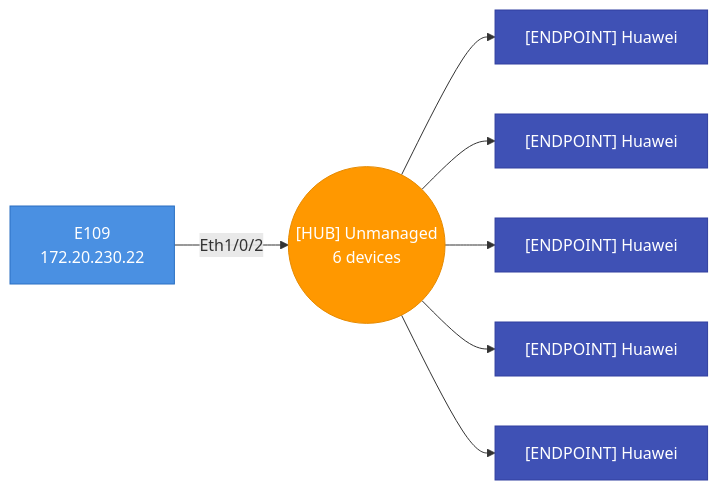
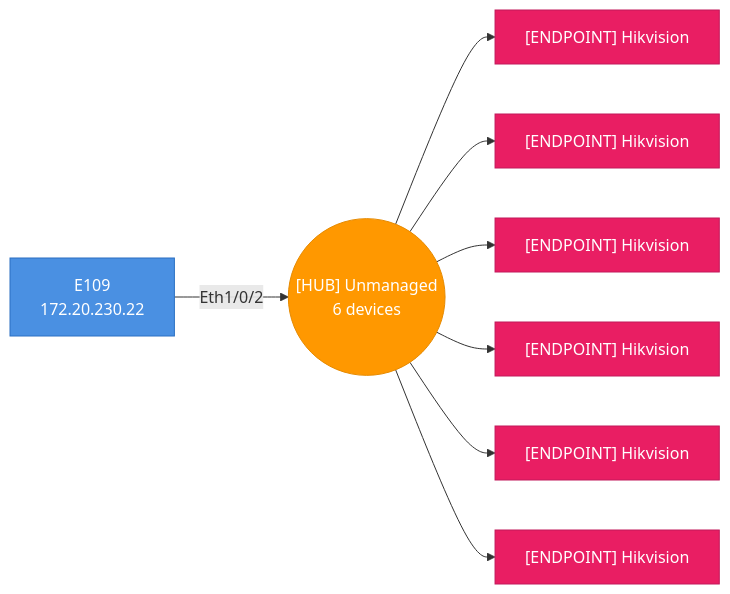
Before and after one commit to djamic/LLDP-Skanner-Go: diagram 16 of 51 in testdata/golden/report_esxi_sections.md, drawn with Mermaid. The commit also changed other lines of this file and 16 other files, not shown here.

````diff
--- a/testdata/golden/report_esxi_sections.md
+++ b/testdata/golden/report_esxi_sections.md
@@ -384,23 +432,26 @@
 ```mermaid
 graph LR
   hub_f8f0827ad969_p2(("[HUB] Unmanaged<br>6 devices"))
   f8f0827ad969["E109<br>172.20.230.22"]
   f8f0827ad969-- "Eth1/0/2" -->hub_f8f0827ad969_p2
   style f8f0827ad969 fill:#4A90E2,stroke:#2A6FC2,color:#fff
-  bc9b5e37bf12["[ENDPOINT] Huawei"]
+  bc9b5e37bf12["[ENDPOINT] Hikvision"]
   hub_f8f0827ad969_p2-->bc9b5e37bf12
-  style bc9b5e37bf12 fill:#3F51B5,stroke:#303F9F,color:#fff
-  bc9b5e37bf14["[ENDPOINT] Huawei"]
+  style bc9b5e37bf12 fill:#E91E63,stroke:#C2185B,color:#fff
+  bc9b5e37bf14["[ENDPOINT] Hikvision"]
   hub_f8f0827ad969_p2-->bc9b5e37bf14
-  style bc9b5e37bf14 fill:#3F51B5,stroke:#303F9F,color:#fff
-  bc9b5e37bf21["[ENDPOINT] Huawei"]
+  style bc9b5e37bf14 fill:#E91E63,stroke:#C2185B,color:#fff
+  bc9b5e37bf21["[ENDPOINT] Hikvision"]
   hub_f8f0827ad969_p2-->bc9b5e37bf21
-  style bc9b5e37bf21 fill:#3F51B5,stroke:#303F9F,color:#fff
-  bc9b5e37bf24["[ENDPOINT] Huawei"]
+  style bc9b5e37bf21 fill:#E91E63,stroke:#C2185B,color:#fff
+  bc9b5e37bf24["[ENDPOINT] Hikvision"]
   hub_f8f0827ad969_p2-->bc9b5e37bf24
-  style bc9b5e37bf24 fill:#3F51B5,stroke:#303F9F,color:#fff
-  bc9b5e37bf35["[ENDPOINT] Huawei"]
+  style bc9b5e37bf24 fill:#E91E63,stroke:#C2185B,color:#fff
+  bc9b5e37bf35["[ENDPOINT] Hikvision"]
   hub_f8f0827ad969_p2-->bc9b5e37bf35
-  style bc9b5e37bf35 fill:#3F51B5,stroke:#303F9F,color:#fff
+  style bc9b5e37bf35 fill:#E91E63,stroke:#C2185B,color:#fff
+  bc9b5e37bf5b["[ENDPOINT] Hikvision"]
+  hub_f8f0827ad969_p2-->bc9b5e37bf5b
+  style bc9b5e37bf5b fill:#E91E63,stroke:#C2185B,color:#fff
   style hub_f8f0827ad969_p2 fill:#FF9800,stroke:#E68A00,color:#fff
 ```
````
